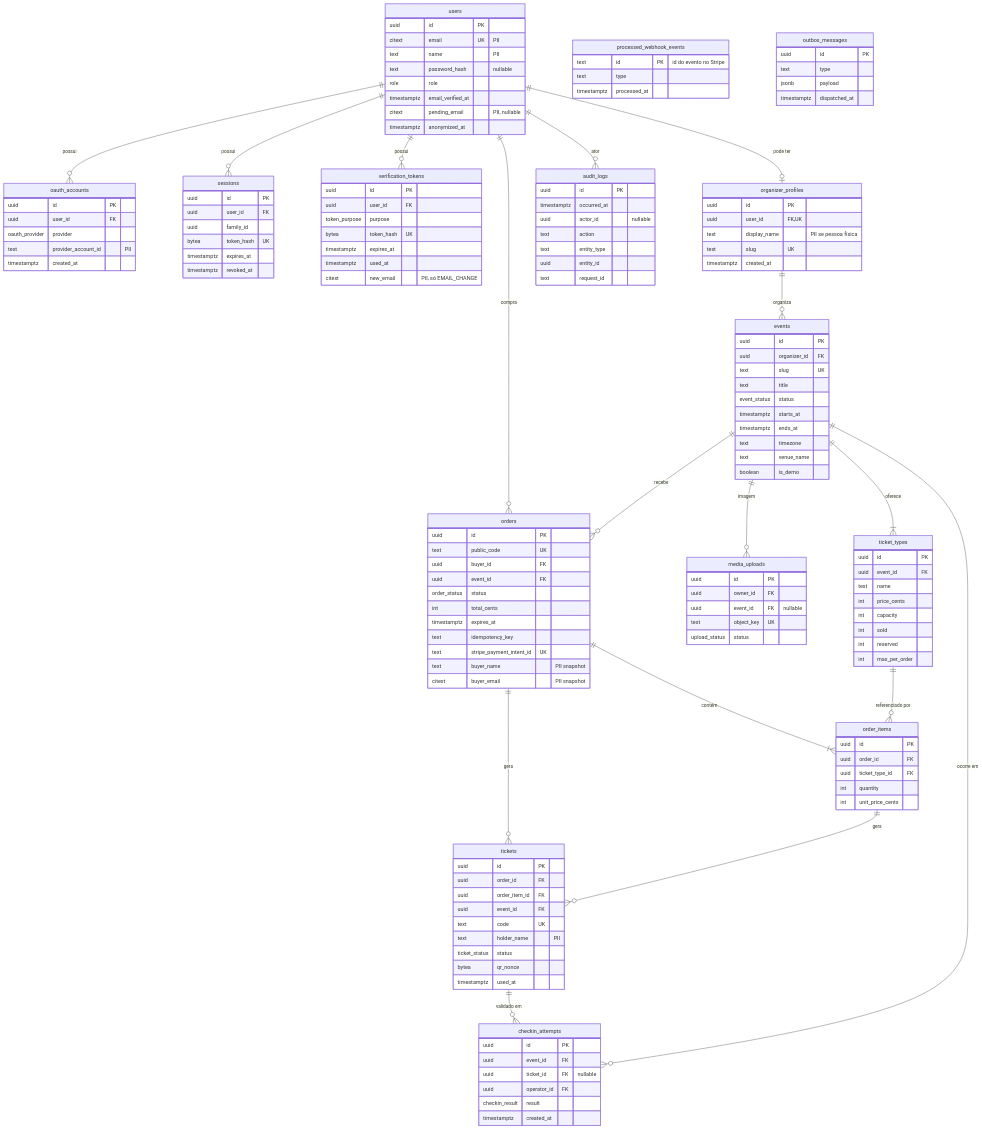
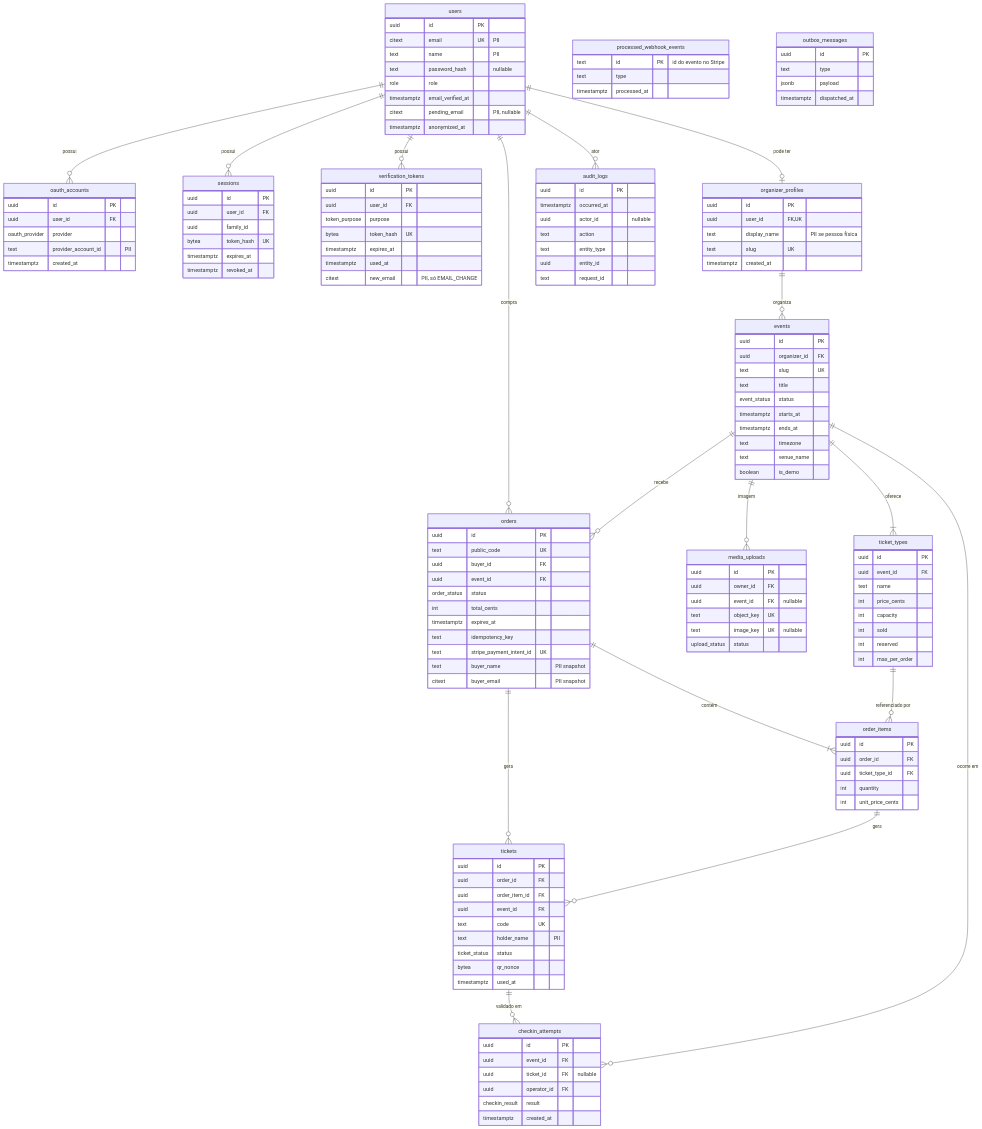
Before and after one commit to joaomenkdev-cloud/vira: the first of 4 diagrams in docs/DATA_MODEL.md, drawn with Mermaid. The commit also changed other lines of this file and 8 other files, not shown here.

````diff
--- a/docs/DATA_MODEL.md
+++ b/docs/DATA_MODEL.md
@@ -160,6 +160,7 @@
         uuid owner_id FK
         uuid event_id FK "nullable"
         text object_key UK
+        text image_key UK "nullable"
         upload_status status
     }
 ```
````
